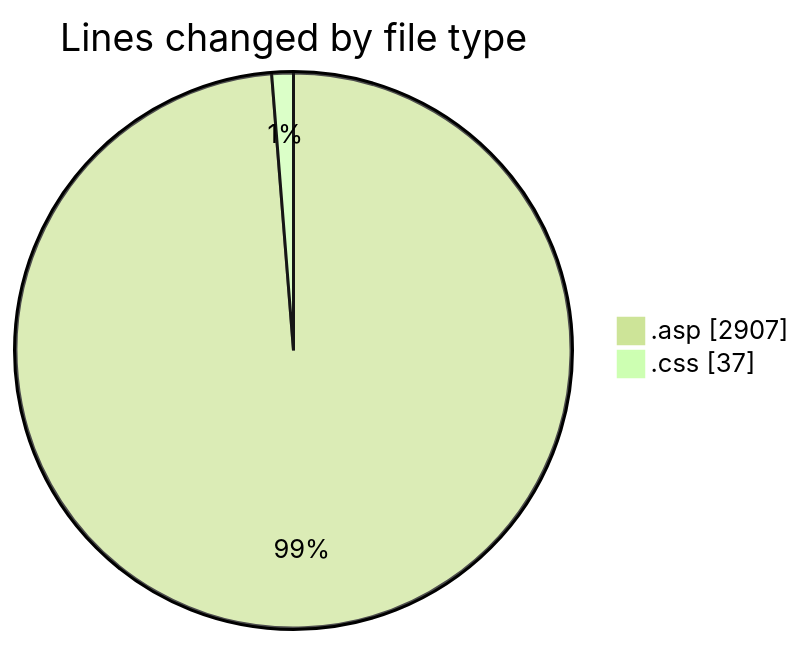
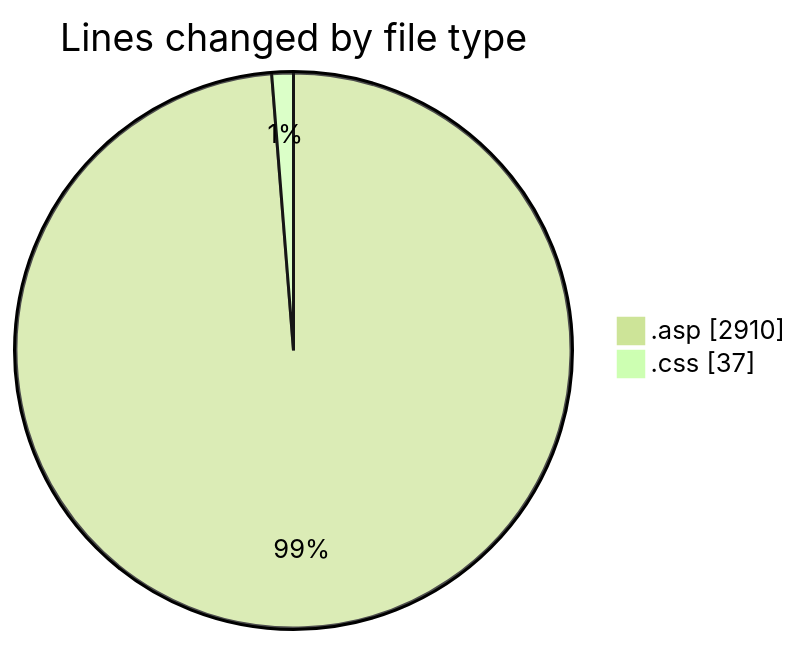
Before and after one commit to julien-gomy/code-tracking: the first of 2 diagrams in 2025-11-02/cdp_aleoudev_fr__workspace_/README.md, drawn with Mermaid (forest theme). The commit also changed other lines of this file and 1 other file, not shown here.

````diff
--- a/2025-11-02/cdp_aleoudev_fr__workspace_/README.md
+++ b/2025-11-02/cdp_aleoudev_fr__workspace_/README.md
@@ -23,6 +23,6 @@
 ```mermaid
 pie showData
 title Lines changed by file type
-".asp" : 2907
+".asp" : 2910
 ".css" : 37
 ```
````
